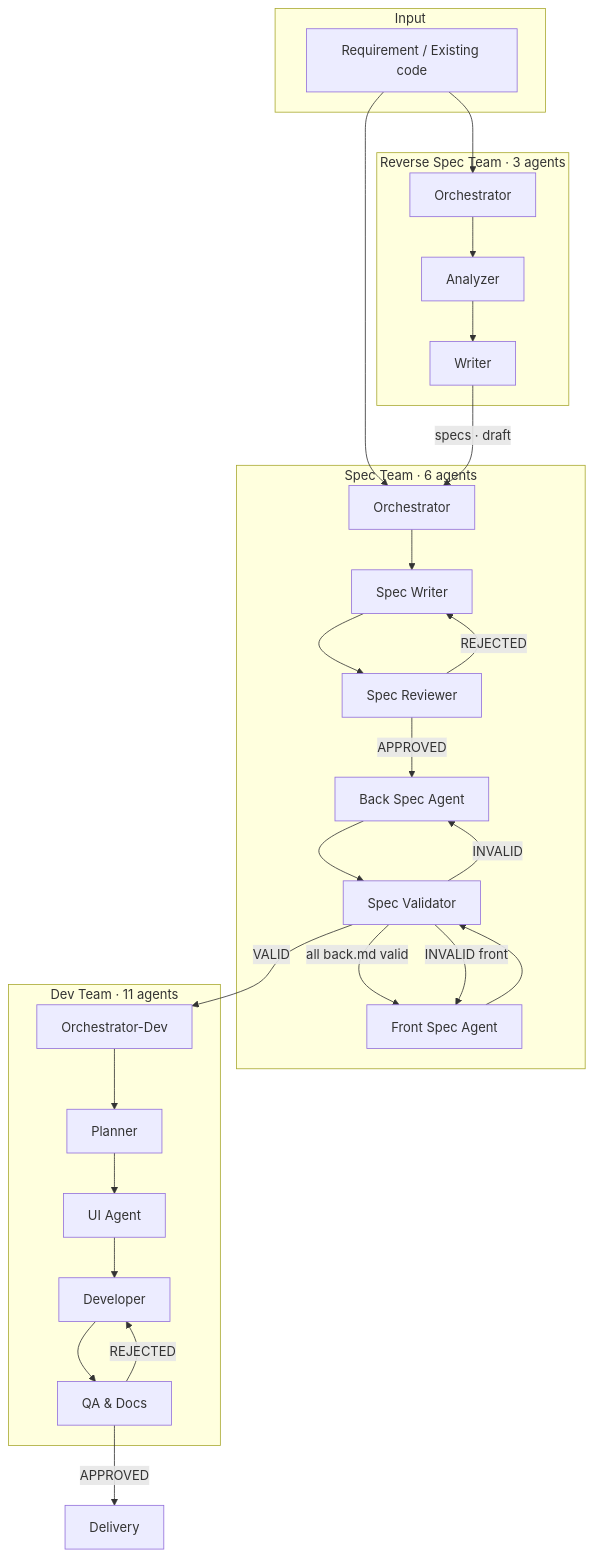
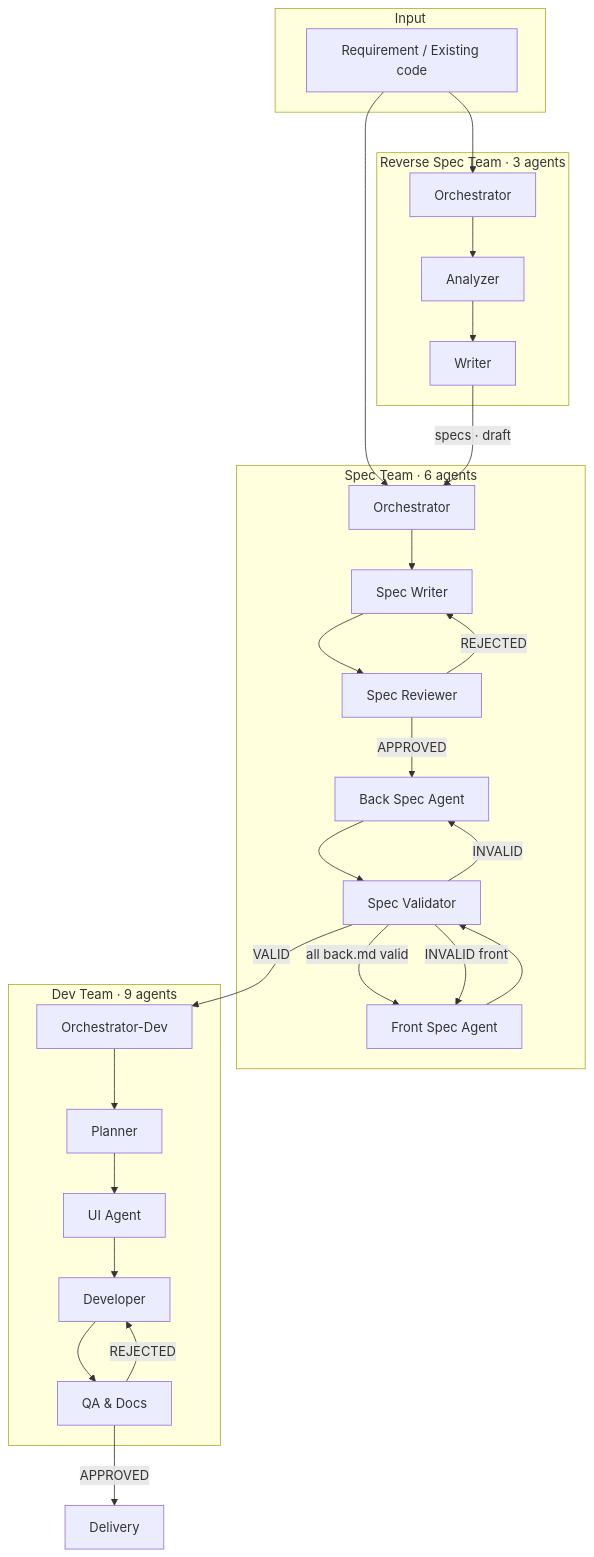
Before and after one commit to zig999/siegard-code: the diagram in README.md, drawn with Mermaid. The commit also changed 3 other files, not shown here.

````diff
--- a/README.md
+++ b/README.md
@@ -49,46 +49,46 @@
 ```mermaid
 graph TB
     subgraph INPUT["Input"]
         REQ[Requirement / Existing code]
     end
 
     subgraph RSPEC["Reverse Spec Team · 3 agents"]
         RSORC[Orchestrator]
         RSANA[Analyzer]
         RSWRT[Writer]
         RSORC --> RSANA --> RSWRT
     end
 
     subgraph SPEC["Spec Team · 6 agents"]
         SPORC[Orchestrator]
         SPWRT[Spec Writer]
         SPREV[Spec Reviewer]
         SPBCK[Back Spec Agent]
         SPFRT[Front Spec Agent]
         SPVAL[Spec Validator]
         SPORC --> SPWRT --> SPREV
         SPREV -->|APPROVED| SPBCK
         SPREV -->|REJECTED| SPWRT
         SPBCK --> SPVAL
         SPVAL -->|all back.md valid| SPFRT
         SPFRT --> SPVAL
         SPVAL -->|INVALID| SPBCK
         SPVAL -->|INVALID front| SPFRT
     end
 
-    subgraph DEV["Dev Team · 11 agents"]
+    subgraph DEV["Dev Team · 9 agents"]
         DVORC[Orchestrator-Dev]
         PLAN[Planner]
         UIAG[UI Agent]
         DEVAG[Developer]
         QAAG[QA & Docs]
         DVORC --> PLAN --> UIAG --> DEVAG --> QAAG
         QAAG -->|REJECTED| DEVAG
     end
 
     REQ --> RSORC
     REQ --> SPORC
     RSWRT -->|specs · draft| SPORC
     SPVAL -->|VALID| DVORC
     QAAG -->|APPROVED| FIN[Delivery]
 ```
````
